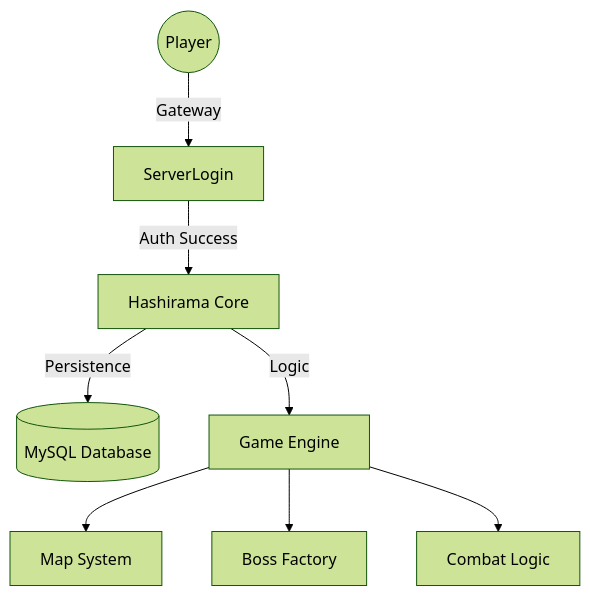
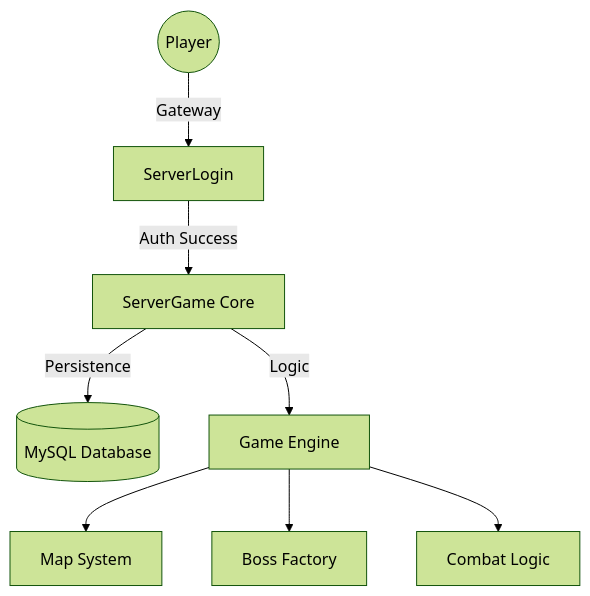
The diagram in README.md (NQHxDev/ZeionNRO), drawn with Mermaid (forest theme) before and after one commit. The commit also changed other lines of this file and 915 other files, not shown here.

Commit message:
Refactor: Unified naming to ServerGame and updated all references

````diff
--- a/README.md
+++ b/README.md
@@ -27,10 +27,10 @@
 ```mermaid
 graph TD
     User((Player)) -->|Gateway| SL[ServerLogin]
-    SL -->|Auth Success| HM[Hashirama Core]
+    SL -->|Auth Success| HM[ServerGame Core]
     HM -->|Persistence| DB[(MySQL Database)]
     HM -->|Logic| Engine[Game Engine]
     Engine --> Map[Map System]
     Engine --> Boss[Boss Factory]
     Engine --> Combat[Combat Logic]
 ```
````
